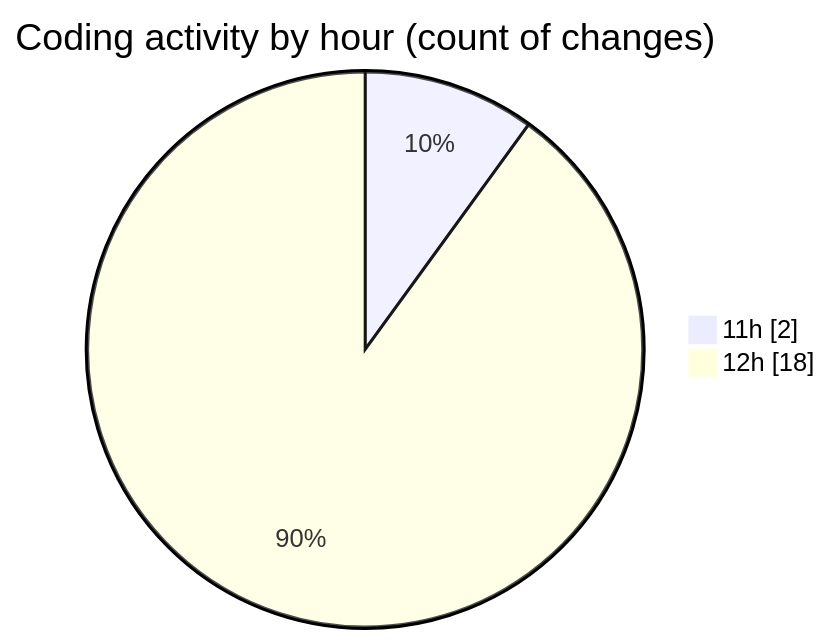
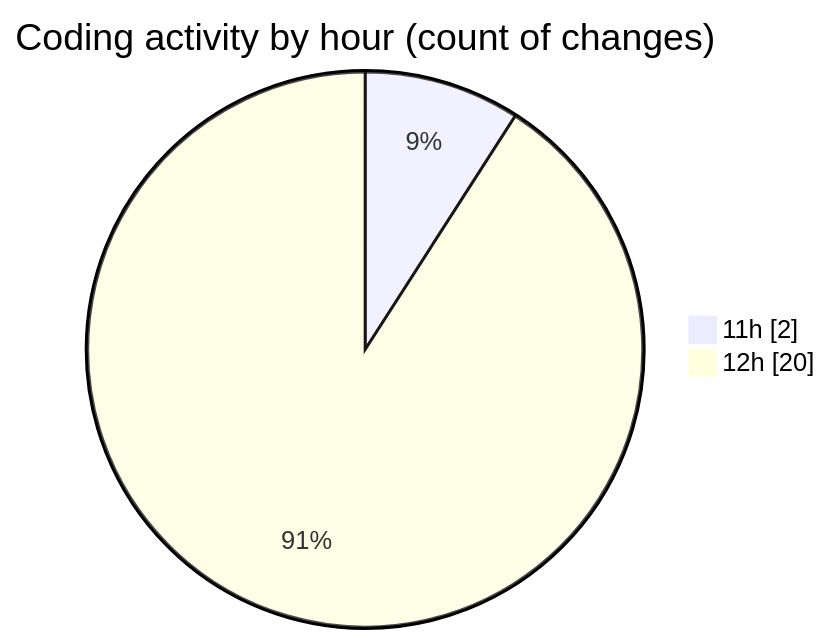
The second of 2 diagrams in 2025-10-05/laravel-penyewaan-lapangan-futsal/README.md (idhammustaqopulfikri/code-tracking), drawn with Mermaid before and after one commit. The commit also changed other lines of this file and 1 other file, not shown here.

````diff
--- a/2025-10-05/laravel-penyewaan-lapangan-futsal/README.md
+++ b/2025-10-05/laravel-penyewaan-lapangan-futsal/README.md
@@ -36,6 +37,6 @@
 ```mermaid
 pie showData
 title Coding activity by hour (count of changes)
 "11h" : 2
-"12h" : 18
+"12h" : 20
 ```
````
